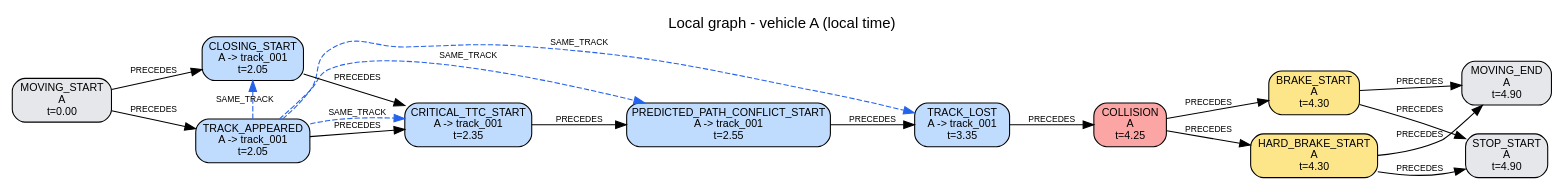
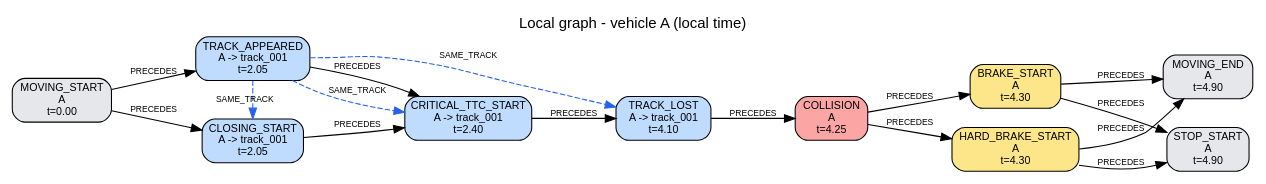
One commit to AndreaBedei1/causaldrive-forensics changed the diagram in traces/S03/run_0_crash/reconstruction/A/local_graph.dot. Above: the diagram before and after it, drawn with Graphviz. The commit also changed 256 other files, not shown here.

```diff
--- a/traces/S03/run_0_crash/reconstruction/A/local_graph.dot
+++ b/traces/S03/run_0_crash/reconstruction/A/local_graph.dot
@@ -1,36 +1,33 @@
 digraph "local_A" {
   graph [rankdir=LR, labelloc=t, fontname=Helvetica, label="Local graph - vehicle A (local time)"];
   node [shape=box, style="rounded,filled", fontname=Helvetica, fontsize=10];
   edge [fontname=Helvetica, fontsize=8];
   "A:e01" [label="MOVING_START\nA\nt=0.00", fillcolor="#e5e7eb"];
   "A:e02" [label="TRACK_APPEARED\nA -> track_001\nt=2.05", fillcolor="#bfdbfe"];
   "A:e03" [label="CLOSING_START\nA -> track_001\nt=2.05", fillcolor="#bfdbfe"];
-  "A:e04" [label="CRITICAL_TTC_START\nA -> track_001\nt=2.35", fillcolor="#bfdbfe"];
-  "A:e05" [label="PREDICTED_PATH_CONFLICT_START\nA -> track_001\nt=2.55", fillcolor="#bfdbfe"];
-  "A:e06" [label="TRACK_LOST\nA -> track_001\nt=3.35", fillcolor="#bfdbfe"];
-  "A:e07" [label="COLLISION\nA\nt=4.25", fillcolor="#fca5a5"];
-  "A:e08" [label="BRAKE_START\nA\nt=4.30", fillcolor="#fde68a"];
-  "A:e09" [label="HARD_BRAKE_START\nA\nt=4.30", fillcolor="#fde68a"];
-  "A:e10" [label="MOVING_END\nA\nt=4.90", fillcolor="#e5e7eb"];
-  "A:e11" [label="STOP_START\nA\nt=4.90", fillcolor="#e5e7eb"];
+  "A:e04" [label="CRITICAL_TTC_START\nA -> track_001\nt=2.40", fillcolor="#bfdbfe"];
+  "A:e05" [label="TRACK_LOST\nA -> track_001\nt=4.10", fillcolor="#bfdbfe"];
+  "A:e06" [label="COLLISION\nA\nt=4.25", fillcolor="#fca5a5"];
+  "A:e07" [label="BRAKE_START\nA\nt=4.30", fillcolor="#fde68a"];
+  "A:e08" [label="HARD_BRAKE_START\nA\nt=4.30", fillcolor="#fde68a"];
+  "A:e09" [label="MOVING_END\nA\nt=4.90", fillcolor="#e5e7eb"];
+  "A:e10" [label="STOP_START\nA\nt=4.90", fillcolor="#e5e7eb"];
   {rank=same; "A:e02"; "A:e03";}
-  {rank=same; "A:e08"; "A:e09";}
-  {rank=same; "A:e10"; "A:e11";}
+  {rank=same; "A:e07"; "A:e08";}
+  {rank=same; "A:e09"; "A:e10";}
   "A:e01" -> "A:e02" [label="PRECEDES"];
   "A:e01" -> "A:e03" [label="PRECEDES"];
   "A:e02" -> "A:e04" [label="PRECEDES"];
   "A:e03" -> "A:e04" [label="PRECEDES"];
   "A:e04" -> "A:e05" [label="PRECEDES"];
   "A:e05" -> "A:e06" [label="PRECEDES"];
   "A:e06" -> "A:e07" [label="PRECEDES"];
-  "A:e07" -> "A:e08" [label="PRECEDES"];
+  "A:e06" -> "A:e08" [label="PRECEDES"];
   "A:e07" -> "A:e09" [label="PRECEDES"];
+  "A:e07" -> "A:e10" [label="PRECEDES"];
+  "A:e08" -> "A:e09" [label="PRECEDES"];
   "A:e08" -> "A:e10" [label="PRECEDES"];
-  "A:e08" -> "A:e11" [label="PRECEDES"];
-  "A:e09" -> "A:e10" [label="PRECEDES"];
-  "A:e09" -> "A:e11" [label="PRECEDES"];
   "A:e02" -> "A:e03" [label="SAME_TRACK", style=dashed, color="#2563eb", constraint=false];
   "A:e02" -> "A:e04" [label="SAME_TRACK", style=dashed, color="#2563eb", constraint=false];
   "A:e02" -> "A:e05" [label="SAME_TRACK", style=dashed, color="#2563eb", constraint=false];
-  "A:e02" -> "A:e06" [label="SAME_TRACK", style=dashed, color="#2563eb", constraint=false];
 }
```
